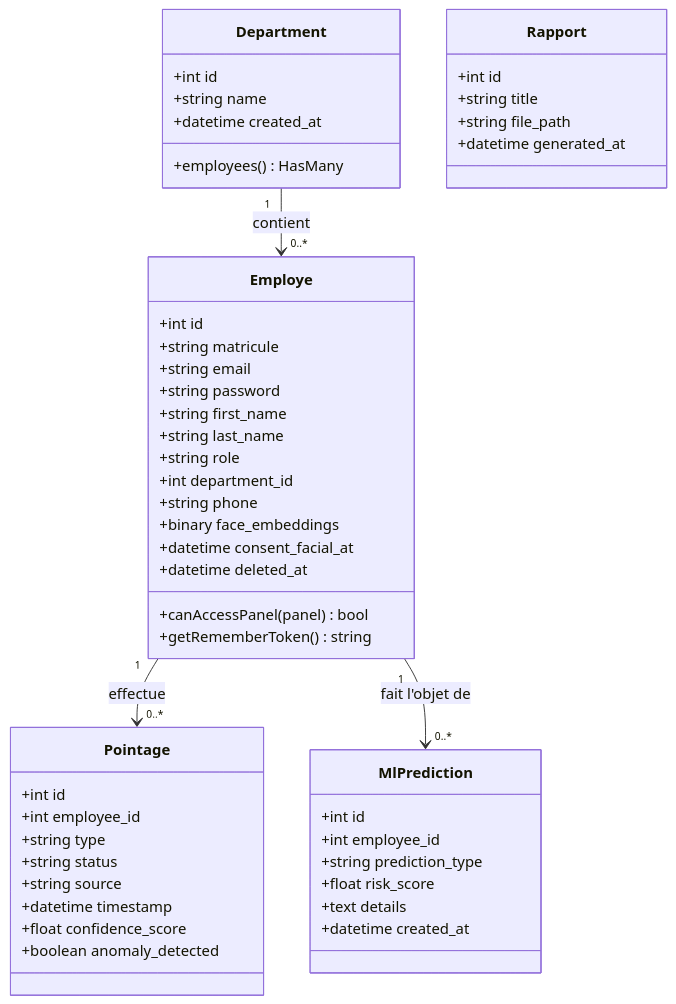
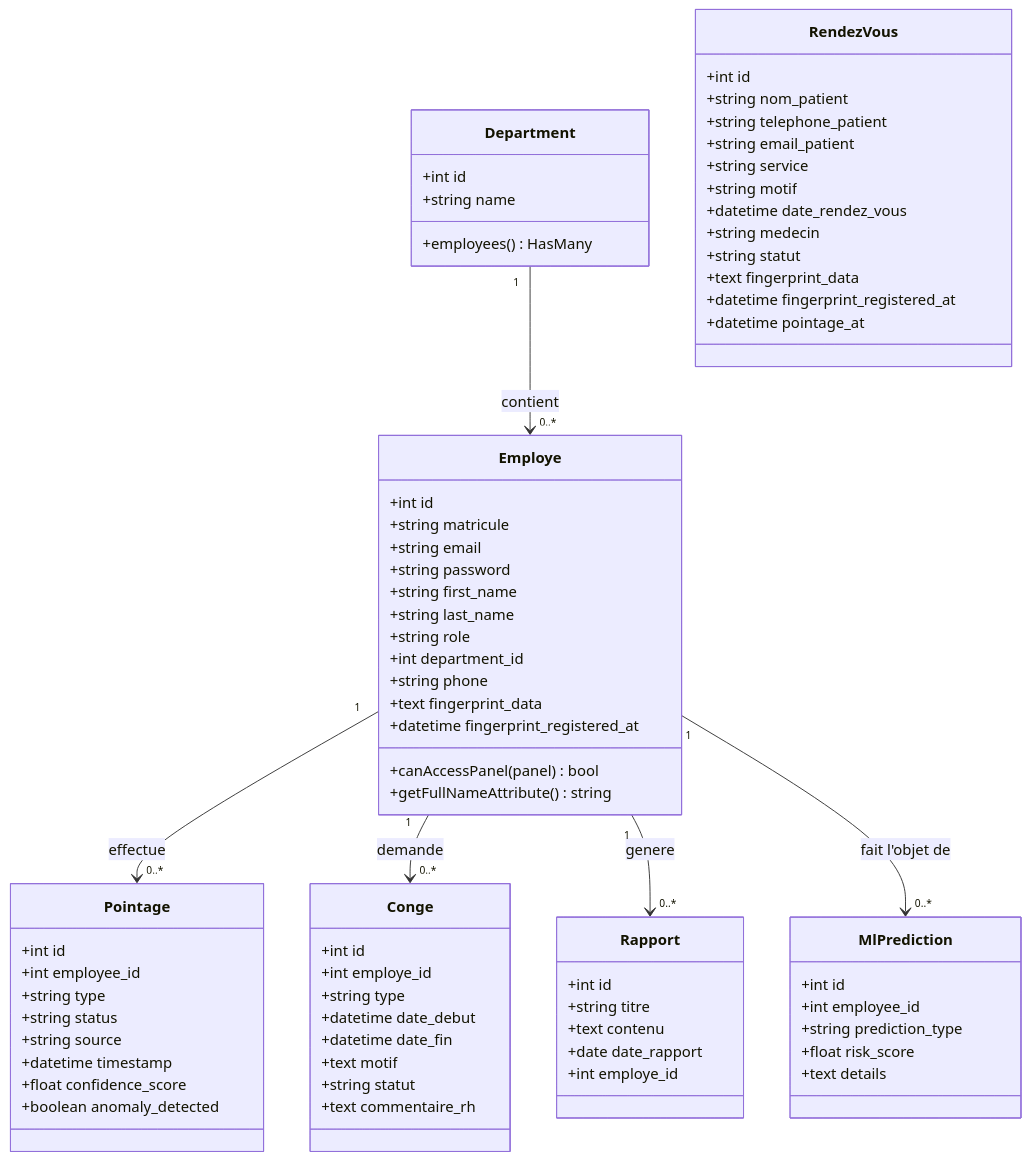
Diagram 11 of 14 in rapport_de_stage_diagrammes.md (Evrad15/C.H.R.A.C.E.R.H), drawn with Mermaid before and after one commit. The commit also changed other lines of this file and 19 other files, not shown here.

Commit message:
docs: update project README and documentation with comprehensive architectural diagrams and feature specifications

````diff
--- a/rapport_de_stage_diagrammes.md
+++ b/rapport_de_stage_diagrammes.md
@@ -364,17 +370,15 @@
         +string role
         +int department_id
         +string phone
-        +binary face_embeddings
-        +datetime consent_facial_at
-        +datetime deleted_at
+        +text fingerprint_data
+        +datetime fingerprint_registered_at
         +canAccessPanel(panel) bool
-        +getRememberToken() string
+        +getFullNameAttribute() string
     }
 
     class Department {
         +int id
         +string name
-        +datetime created_at
         +employees() HasMany
     }
 
@@ -389,23 +393,51 @@
         +boolean anomaly_detected
     }
 
+    class RendezVous {
+        +int id
+        +string nom_patient
+        +string telephone_patient
+        +string email_patient
+        +string service
+        +string motif
+        +datetime date_rendez_vous
+        +string medecin
+        +string statut
+        +text fingerprint_data
+        +datetime fingerprint_registered_at
+        +datetime pointage_at
+    }
+
+    class Conge {
+        +int id
+        +int employe_id
+        +string type
+        +datetime date_debut
+        +datetime date_fin
+        +text motif
+        +string statut
+        +text commentaire_rh
+    }
+
+    class Rapport {
+        +int id
+        +string titre
+        +text contenu
+        +date date_rapport
+        +int employe_id
+    }
+
     class MlPrediction {
         +int id
         +int employee_id
         +string prediction_type
         +float risk_score
         +text details
-        +datetime created_at
-    }
-
-    class Rapport {
-        +int id
-        +string title
-        +string file_path
-        +datetime generated_at
     }
 
     Department "1" --> "0..*" Employe : contient
     Employe "1" --> "0..*" Pointage : effectue
+    Employe "1" --> "0..*" Conge : demande
+    Employe "1" --> "0..*" Rapport : genere
     Employe "1" --> "0..*" MlPrediction : fait l'objet de
 ```
````
